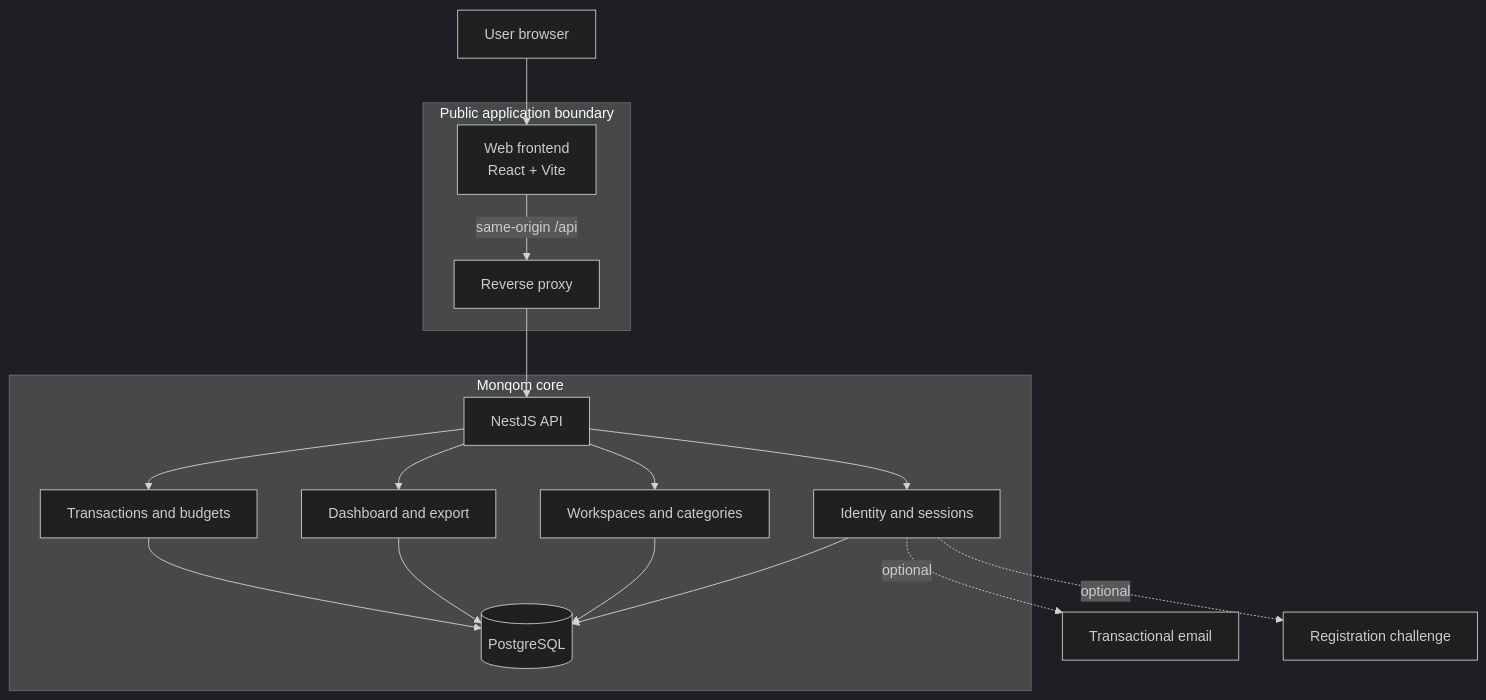
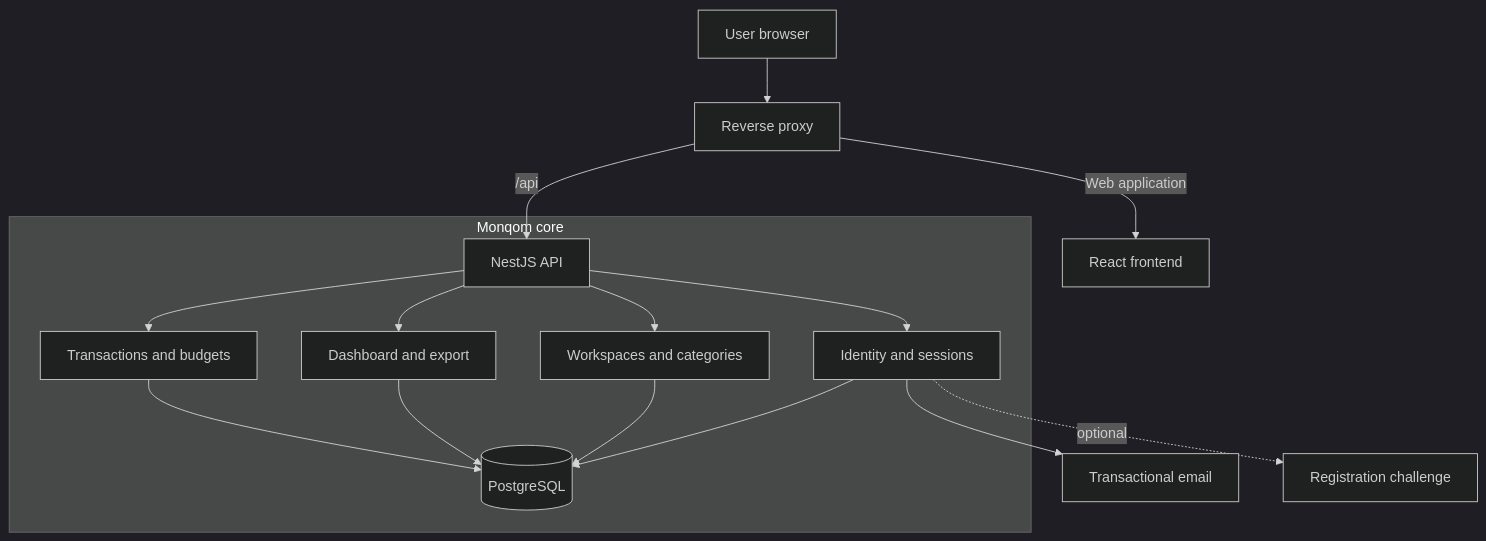
One commit to sergiusz-x/monqom changed the diagram in README.md. Above: the diagram before and after it, drawn with Mermaid (dark theme). The commit also changed other lines of this file and 210 other files, not shown here.

````diff
--- a/README.md
+++ b/README.md
@@ -58,23 +57,20 @@
 ```mermaid
 flowchart TB
-  U[User browser] --> W[Web frontend<br/>React + Vite]
-
-  subgraph Public[Public application boundary]
-    W -->|same-origin /api| P[Reverse proxy]
-  end
+  U[User browser] --> P[Reverse proxy]
+  P -->|Web application| W[React frontend]
+  P -->|/api| API[NestJS API]
 
   subgraph Core[Monqom core]
-    P --> API[NestJS API]
     API --> Auth[Identity and sessions]
     API --> Finance[Transactions and budgets]
     API --> Insights[Dashboard and export]
     API --> Workspace[Workspaces and categories]
     Finance --> Data[(PostgreSQL)]
     Insights --> Data
     Workspace --> Data
     Auth --> Data
   end
 
-  Auth -. optional .-> Email[Transactional email]
+  Auth --> Email[Transactional email]
   Auth -. optional .-> Challenge[Registration challenge]
 ```
````
